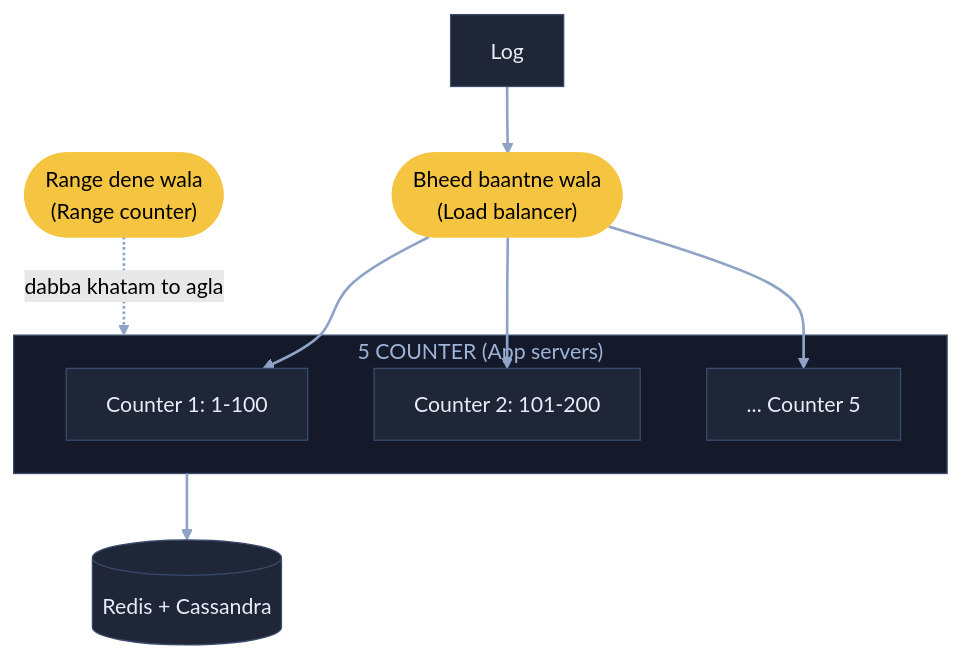
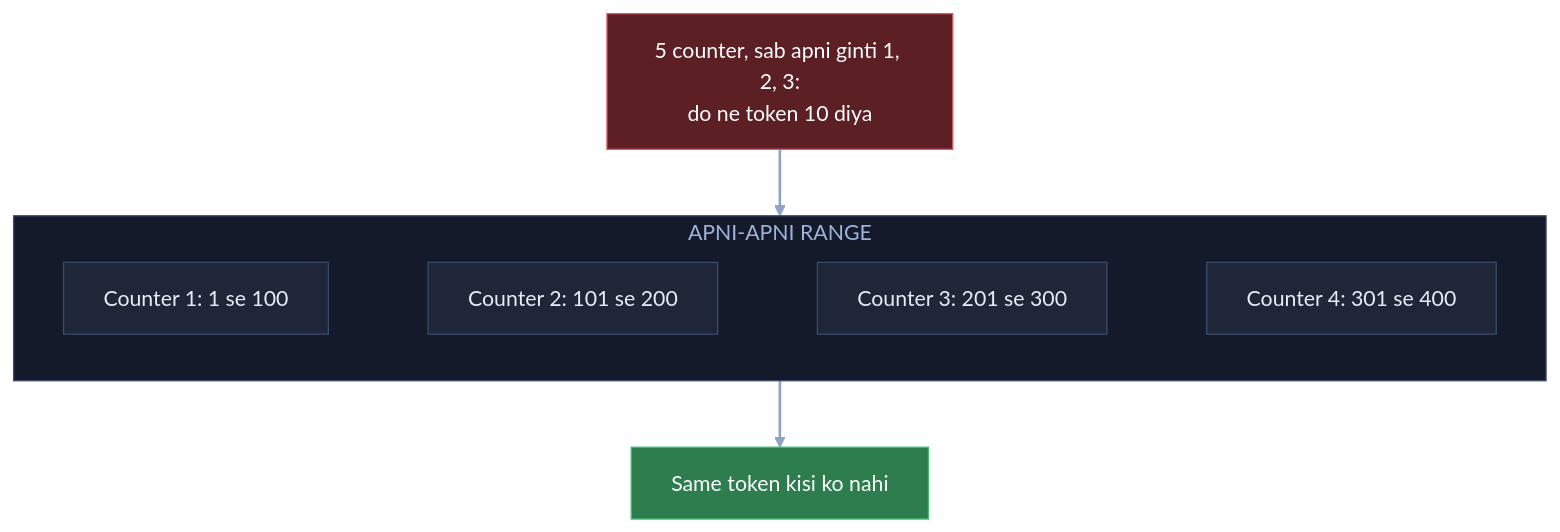
The seventh of 13 diagrams in 04_HLD/SYSTEM_DESIGNS/01_url_shortener/01_url_shortener.md (ArpanMaheshwari144/Prep), drawn with Mermaid (forest theme) before and after one commit. The commit also changed other lines of this file, not shown here.

Commit message:
URL: 13 diagram hand notes ke shabdon se (K4 naya), K7 / K12 kahani notes jaisi

````diff
--- a/04_HLD/SYSTEM_DESIGNS/01_url_shortener/01_url_shortener.md
+++ b/04_HLD/SYSTEM_DESIGNS/01_url_shortener/01_url_shortener.md
@@ -184,24 +202,22 @@
 ```mermaid
 flowchart TB
-    U["Log"]:::card
-    LB(["Bheed baantne wala<br/>(Load balancer)"]):::pill
-    subgraph AS["5 COUNTER (App servers)"]
-        C1["Counter 1: 1-100"]:::card
-        C2["Counter 2: 101-200"]:::card
-        C5["... Counter 5"]:::card
+    X["5 counter, sab apni ginti 1, 2, 3:<br/>do ne token 10 diya"]:::bad
+    subgraph RN["APNI-APNI RANGE"]
+        direction LR
+        C1["Counter 1: 1 se 100"]:::card
+        C2["Counter 2: 101 se 200"]:::card
+        C3["Counter 3: 201 se 300"]:::card
+        C4["Counter 4: 301 se 400"]:::card
+        C1 ~~~ C2 ~~~ C3 ~~~ C4
     end
-    M(["Range dene wala<br/>(Range counter)"]):::pill
-    DB[("Redis + Cassandra")]:::card
-    U --> LB
-    LB --> C1
-    LB --> C2
-    LB --> C5
-    M -. "dabba khatam to agla" .-> AS
-    AS --> DB
+    OK["Same token kisi ko nahi"]:::good
+    X --> RN
+    RN --> OK
     linkStyle default stroke:#8fa3c7,stroke-width:2px
+    linkStyle 0,1,2 stroke-width:0px
     classDef card fill:#1e2638,stroke:#3a4a6b,color:#e8ecf5
     classDef pill fill:#f5c542,stroke:#f5c542,color:#000
     classDef good fill:#2e7d4f,stroke:#3fbf6f,color:#fff
     classDef bad fill:#5c1f24,stroke:#e05561,color:#fff
-    style AS fill:#141a29,stroke:#3a4a6b,color:#9fb3d9
+    style RN fill:#141a29,stroke:#3a4a6b,color:#9fb3d9
 ```
````
